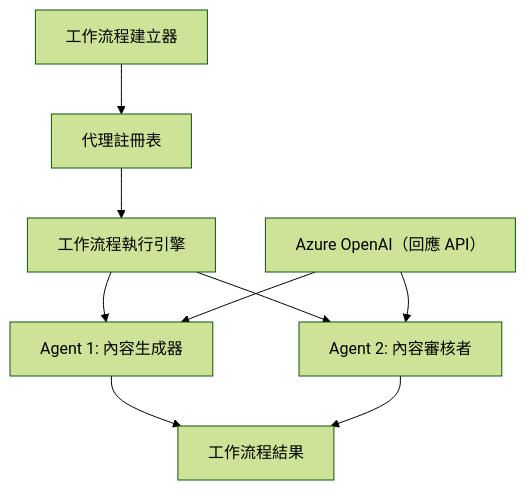
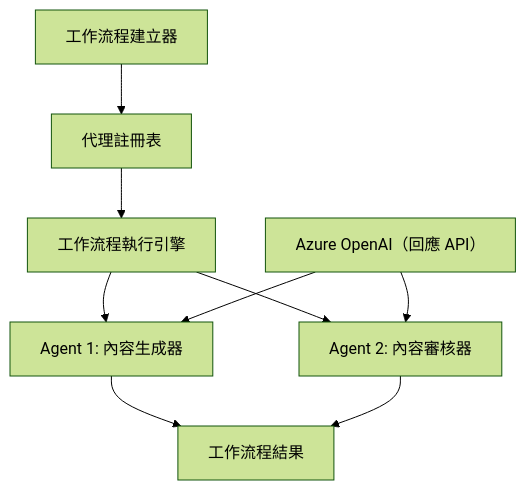
Before and after one commit to venturemavenwill/azureaifundamentals: the diagram in translations/zh-HK/08-multi-agent/code_samples/workflows-agent-framework/dotNET/01.dotnet-agent-framework-workflow-ghmodel-basic.md, drawn with Mermaid (forest theme). The commit also changed other lines of this file and 2002 other files, not shown here.

````diff
--- a/translations/zh-HK/08-multi-agent/code_samples/workflows-agent-framework/dotNET/01.dotnet-agent-framework-workflow-ghmodel-basic.md
+++ b/translations/zh-HK/08-multi-agent/code_samples/workflows-agent-framework/dotNET/01.dotnet-agent-framework-workflow-ghmodel-basic.md
@@ -64,11 +64,11 @@
 ```mermaid
 graph TD
     A[工作流程建立器] --> B[代理註冊表]
     B --> C[工作流程執行引擎]
     C --> D[Agent 1: 內容生成器]
-    C --> E[Agent 2: 內容審核者] 
+    C --> E[Agent 2: 內容審核器] 
     D --> F[工作流程結果]
     E --> F
     G[Azure OpenAI（回應 API）] --> D
     G --> E
 ```
````
